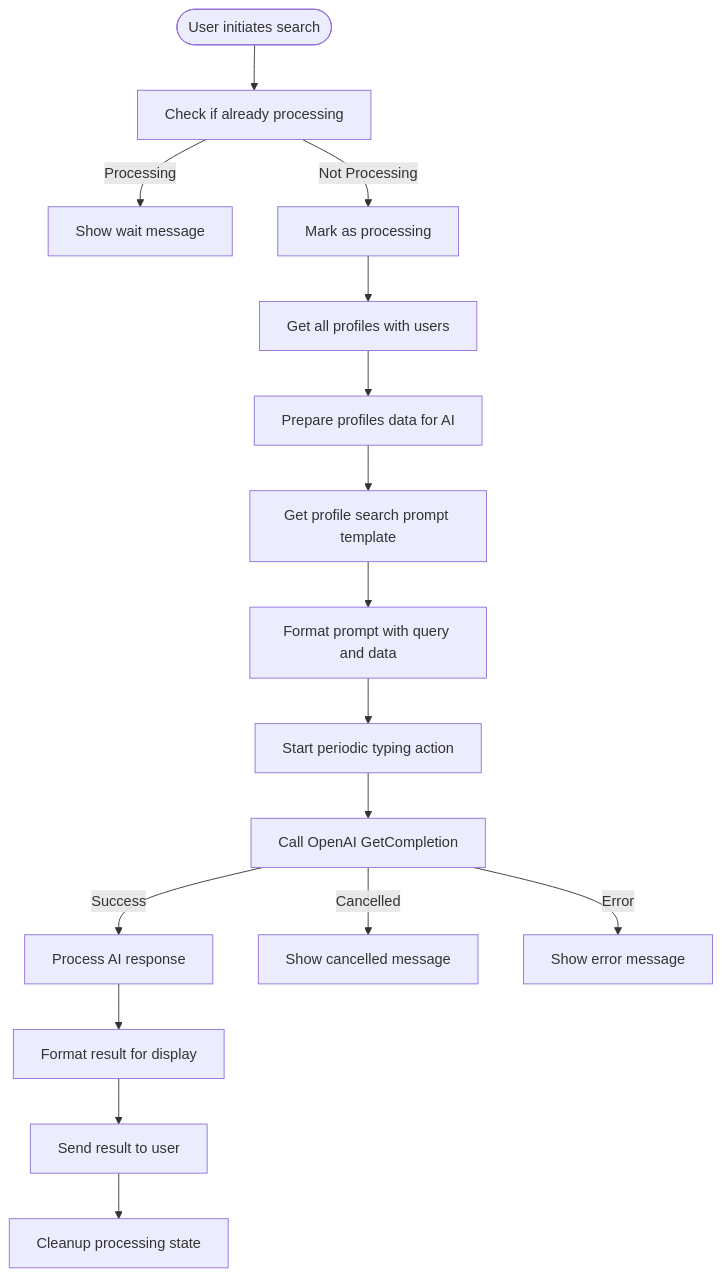
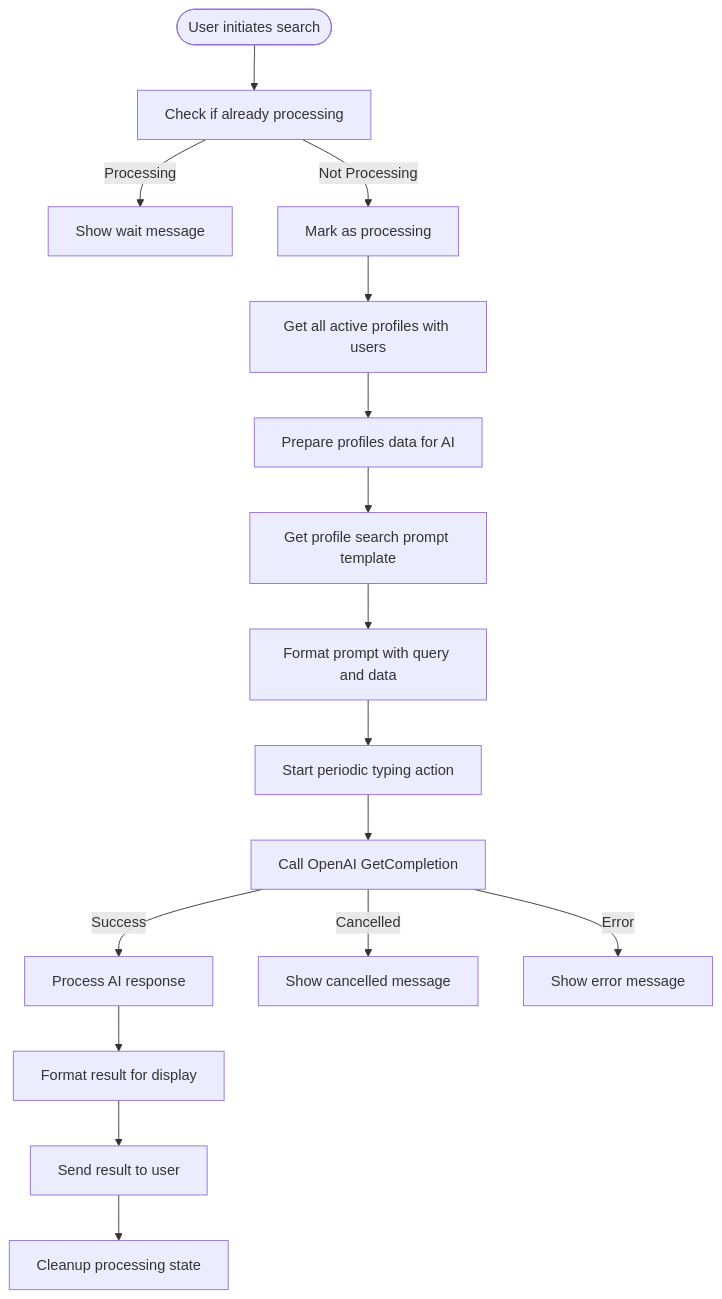
Before and after one commit to it-beard/evo-bot-go: the third of 4 diagrams in .qoder/repowiki/en/content/Profile Management/Profile Management.md, drawn with Mermaid. The commit also changed other lines of this file and 22 other files, not shown here.

````diff
--- a/.qoder/repowiki/en/content/Profile Management/Profile Management.md
+++ b/.qoder/repowiki/en/content/Profile Management/Profile Management.md
@@ -109,18 +115,18 @@
 ```mermaid
 flowchart TD
 Start([User initiates search]) --> CheckProcessing["Check if already processing"]
 CheckProcessing --> |Processing| ShowWait["Show wait message"]
 CheckProcessing --> |Not Processing| MarkProcessing["Mark as processing"]
-MarkProcessing --> GetProfiles["Get all profiles with users"]
+MarkProcessing --> GetProfiles["Get all active profiles with users"]
 GetProfiles --> PrepareData["Prepare profiles data for AI"]
 PrepareData --> GetTemplate["Get profile search prompt template"]
 GetTemplate --> FormatPrompt["Format prompt with query and data"]
 FormatPrompt --> StartTyping["Start periodic typing action"]
 StartTyping --> CallOpenAI["Call OpenAI GetCompletion"]
 CallOpenAI --> |Success| ProcessResponse["Process AI response"]
 CallOpenAI --> |Cancelled| ShowCancelled["Show cancelled message"]
 CallOpenAI --> |Error| ShowError["Show error message"]
 ProcessResponse --> FormatResult["Format result for display"]
 FormatResult --> SendResult["Send result to user"]
 SendResult --> Cleanup["Cleanup processing state"]
 ```
````
